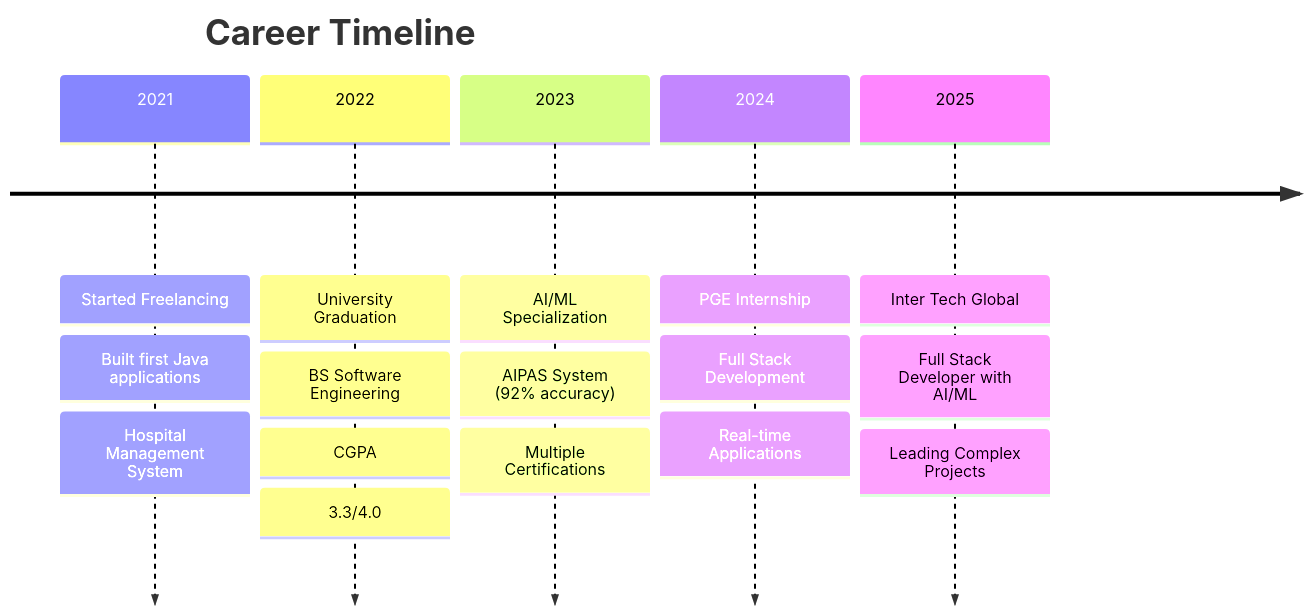
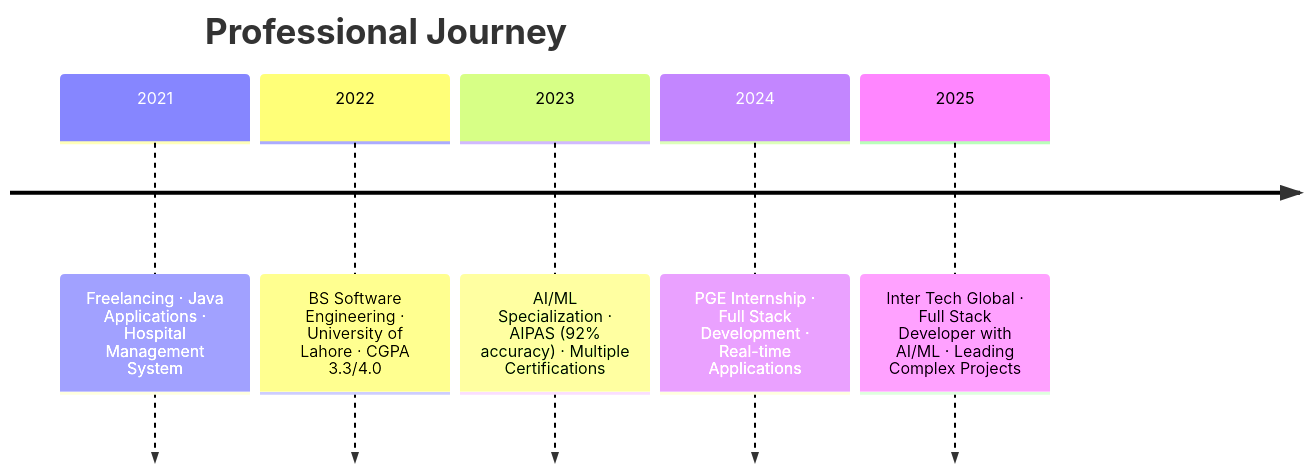
One commit to Hamza-Kahloon786/Hamza-Kahloon786 changed the diagram in README.md. Above: the diagram before and after it, drawn with Mermaid. The commit also changed other lines of this file, not shown here.

````diff
--- a/README.md
+++ b/README.md
@@ -312,19 +137,9 @@
 ```mermaid
 timeline
-    title Career Timeline
-    2021 : Started Freelancing
-         : Built first Java applications
-         : Hospital Management System
-    2022 : University Graduation
-         : BS Software Engineering
-         : CGPA: 3.3/4.0
-    2023 : AI/ML Specialization
-         : AIPAS System (92% accuracy)
-         : Multiple Certifications
-    2024 : PGE Internship
-         : Full Stack Development
-         : Real-time Applications
-    2025 : Inter Tech Global
-         : Full Stack Developer with AI/ML
-         : Leading Complex Projects
+    title Professional Journey
+    2021 : Freelancing · Java Applications · Hospital Management System
+    2022 : BS Software Engineering · University of Lahore · CGPA 3.3/4.0
+    2023 : AI/ML Specialization · AIPAS (92% accuracy) · Multiple Certifications
+    2024 : PGE Internship · Full Stack Development · Real-time Applications
+    2025 : Inter Tech Global · Full Stack Developer with AI/ML · Leading Complex Projects
 ```
````
